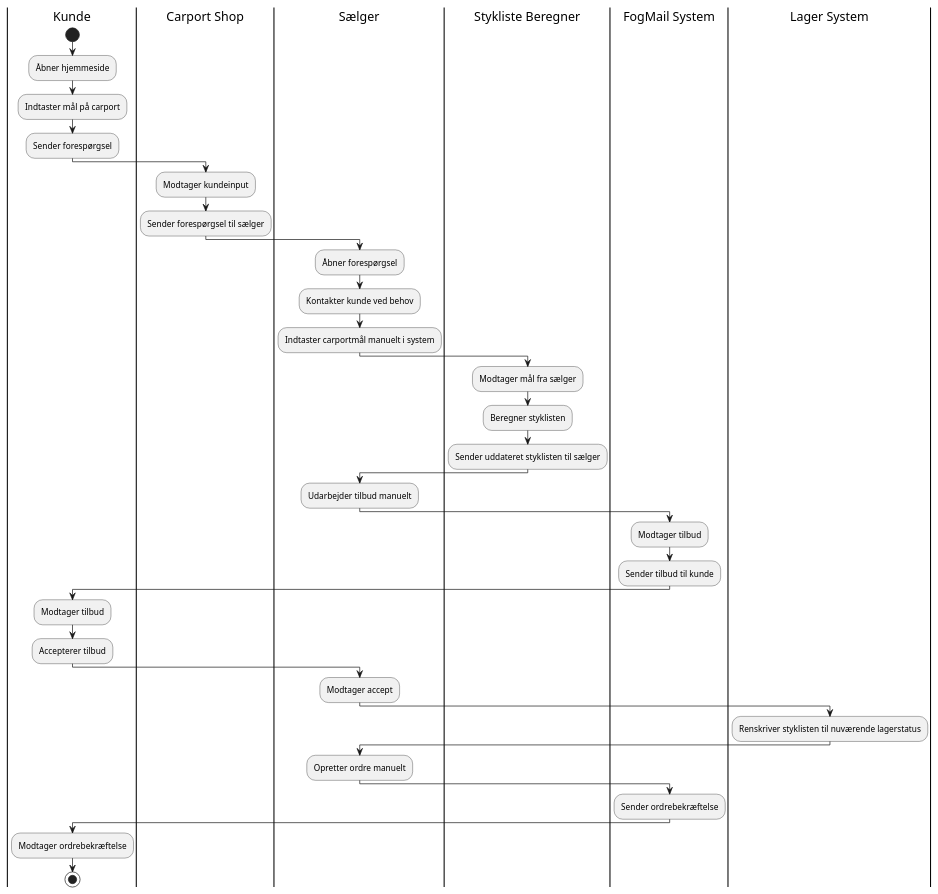
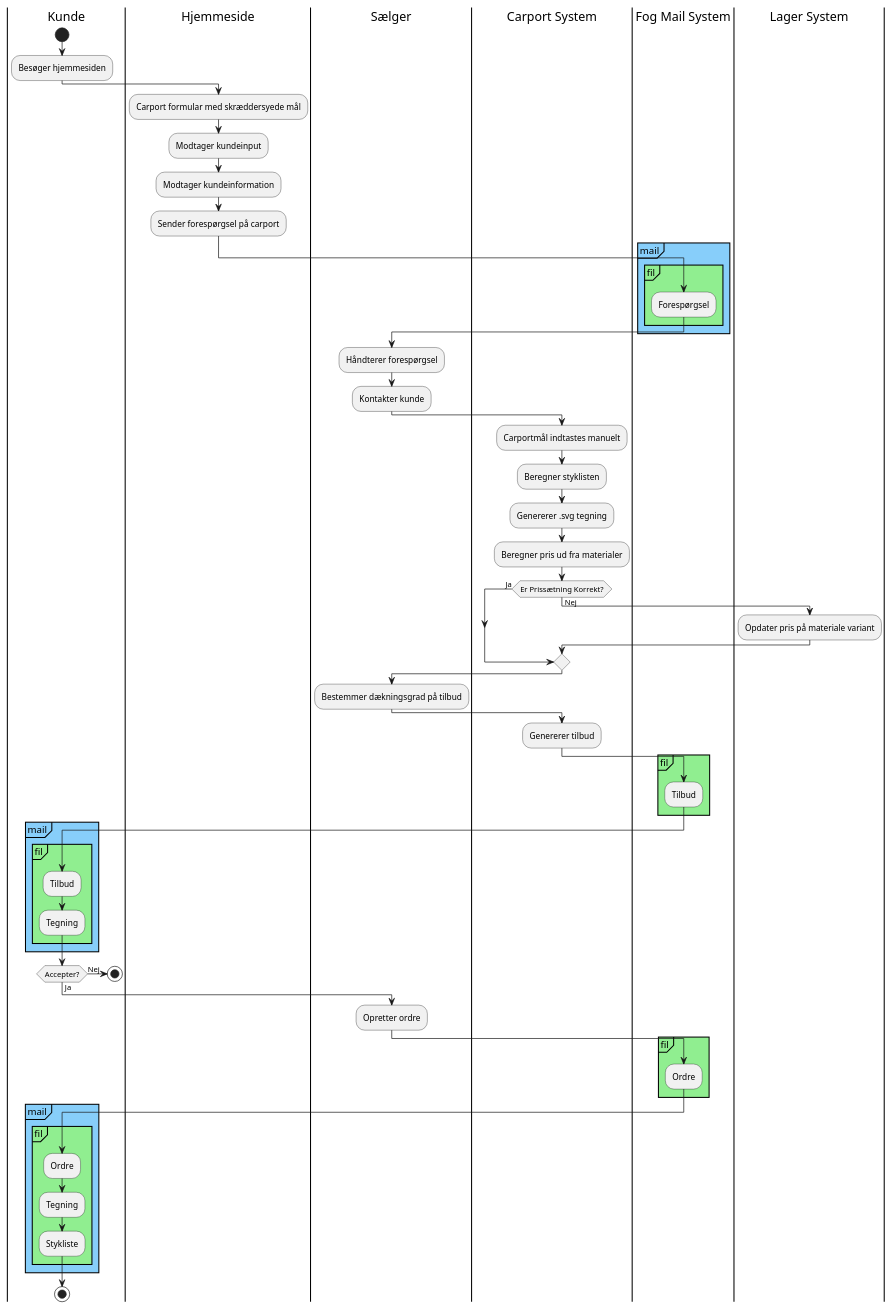
One commit to DHangaard/fog-carport changed the diagram in docs/models/activity-as-is.puml. Above: the diagram before and after it, drawn with PlantUML.

Commit message:
Updated AS-IS model

```diff
--- a/docs/models/activity-as-is.puml
+++ b/docs/models/activity-as-is.puml
@@ -1,48 +1,82 @@
 @startuml
 |Kunde|
+|Hjemmeside|
+|Sælger|
+|Carport System|
+|Fog Mail System|
+|Lager System|
+
+|Kunde|
 start
-:Åbner hjemmeside;
-:Indtaster mål på carport;
-:Sender forespørgsel;
+:Besøger hjemmesiden;
 
-|Carport Shop|
+|Hjemmeside|
+:Carport formular med skræddersyede mål;
 :Modtager kundeinput;
-:Sender forespørgsel til sælger;
+:Modtager kundeinformation;
+:Sender forespørgsel på carport;
+
+|Fog Mail System|
+partition mail #LightSkyBlue {
+partition fil #LightGreen {
+:Forespørgsel;
+}
+}
 
 |Sælger|
-:Åbner forespørgsel;
-:Kontakter kunde ved behov;
-:Indtaster carportmål manuelt i system;
+:Håndterer forespørgsel;
+:Kontakter kunde;
 
-|Stykliste Beregner|
-:Modtager mål fra sælger;
+|Carport System|
+:Carportmål indtastes manuelt;
 :Beregner styklisten;
-:Sender uddateret styklisten til sælger;
+:Genererer .svg tegning;
+:Beregner pris ud fra materialer;
+if (Er Prissætning Korrekt?) then (Ja)
+else (Nej)
+    |Lager System|
+    :Opdater pris på materiale variant;
+endif
 
 |Sælger|
-:Udarbejder tilbud manuelt;
+:Bestemmer dækningsgrad på tilbud;
 
-|FogMail System|
-:Modtager tilbud;
-:Sender tilbud til kunde;
+|Carport System|
+:Genererer tilbud;
+
+|Fog Mail System|
+partition fil #LightGreen {
+:Tilbud;
+}
+
 
 |Kunde|
-:Modtager tilbud;
-:Accepterer tilbud;
+partition mail #LightSkyBlue {
+partition fil #LightGreen {
+:Tilbud;
+:Tegning;
+}
+}
+if (Accepter?) then (Nej)
+  stop
+else (Ja)
+endif
 
 |Sælger|
-:Modtager accept;
+:Opretter ordre;
 
-|Lager System|
-:Renskriver styklisten til nuværende lagerstatus;
-
-|Sælger|
-:Opretter ordre manuelt;
-
-|FogMail System|
-:Sender ordrebekræftelse;
+|Fog Mail System|
+partition fil #LightGreen {
+:Ordre;
+}
 
 |Kunde|
-:Modtager ordrebekræftelse;
+partition mail #LightSkyBlue {
+partition fil #LightGreen {
+:Ordre;
+:Tegning;
+:Stykliste;
+}
+}
 stop
 @enduml
```
